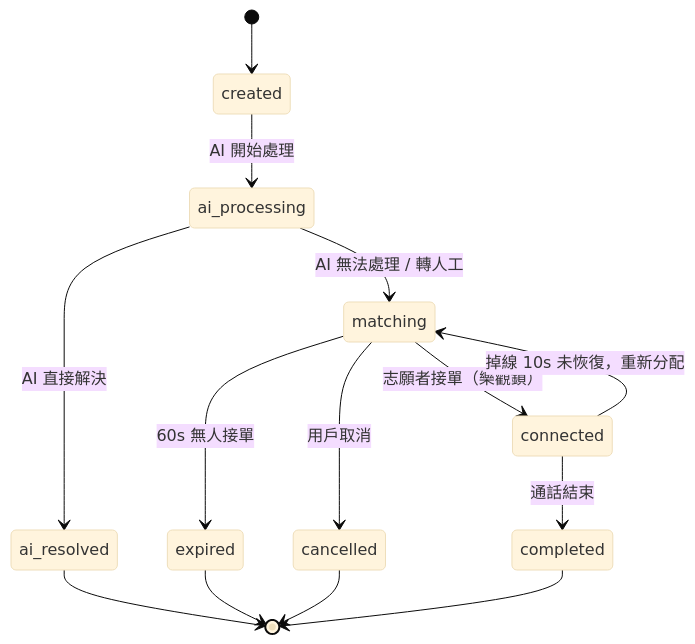
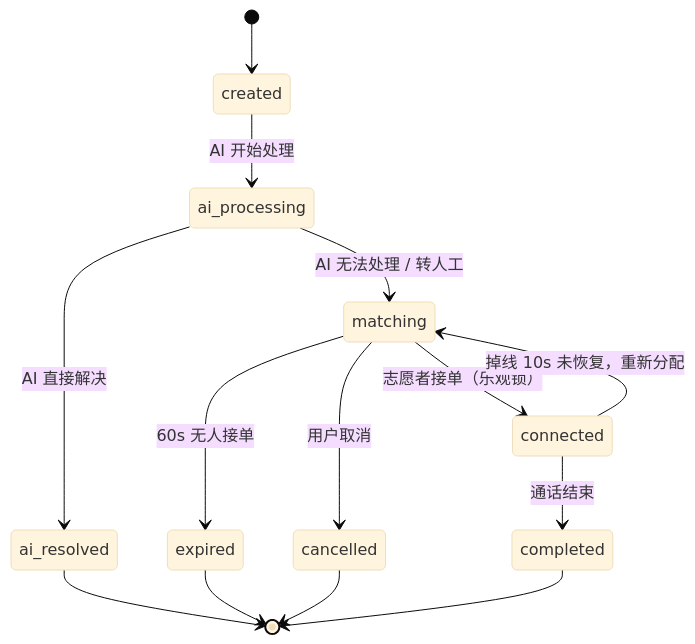
Before and after one commit to insistgang/LinkLab: the second of 2 diagrams in AGENTS.md, drawn with Mermaid (base theme). The commit also changed other lines of this file and 43 other files, not shown here.

````diff
--- a/AGENTS.md
+++ b/AGENTS.md
@@ -248,16 +248,16 @@
 ```mermaid
 stateDiagram-v2
     [*] --> created
-    created --> ai_processing: AI 開始處理
-    ai_processing --> ai_resolved: AI 直接解決
-    ai_processing --> matching: AI 無法處理 / 轉人工
-    matching --> connected: 志願者接單（樂觀鎖）
-    matching --> expired: 60s 無人接單
-    matching --> cancelled: 用戶取消
-    connected --> completed: 通話結束
-    connected --> matching: 掉線 10s 未恢復，重新分配
+    created --> ai_processing: AI 开始处理
+    ai_processing --> ai_resolved: AI 直接解决
+    ai_processing --> matching: AI 无法处理 / 转人工
+    matching --> connected: 志愿者接单（乐观锁）
+    matching --> expired: 60s 无人接单
+    matching --> cancelled: 用户取消
+    connected --> completed: 通话结束
+    connected --> matching: 掉线 10s 未恢复，重新分配
     ai_resolved --> [*]
     expired --> [*]
     cancelled --> [*]
     completed --> [*]
 ```
````
